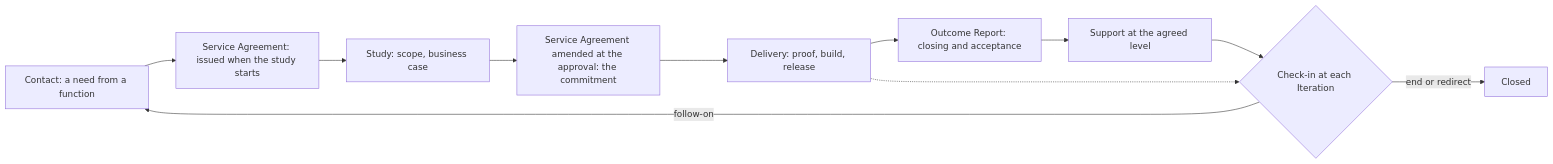
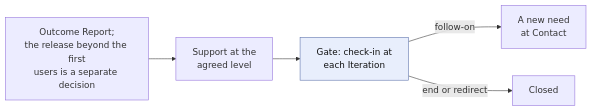
The third of 3 diagrams in charter/workflows/engagement.md (devhogu/ob-aicc), drawn with Mermaid before and after one commit. The commit also changed other lines of this file and 200 other files, not shown here.

````diff
--- a/charter/workflows/engagement.md
+++ b/charter/workflows/engagement.md
@@ -15,13 +46,9 @@
 ```mermaid
 flowchart LR
-  A["Contact: a need from a function"] --> SA["Service Agreement: issued when the study starts"]
-  SA --> B["Study: scope, business case"]
-  B --> C["Service Agreement amended at the approval: the commitment"]
-  C --> D["Delivery: proof, build, release"]
-  D --> E["Outcome Report: closing and acceptance"]
-  E --> F["Support at the agreed level"]
-  F --> G{"Check-in at each Iteration"}
-  G -->|follow-on| A
-  G -->|end or redirect| H["Closed"]
-  D -.-> G
+  OR["Outcome Report;<br/>the release beyond the first<br/>users is a separate decision"] --> SP["Support at the<br/>agreed level"]
+  SP --> CK["Gate: check-in at<br/>each Iteration"]
+  CK -->|"follow-on"| NX["A new need<br/>at Contact"]
+  CK -->|"end or redirect"| CLS["Closed"]
+  classDef gate fill:#e8eefc,stroke:#5a6fa8,color:#111
+  class CK gate
 ```
````
